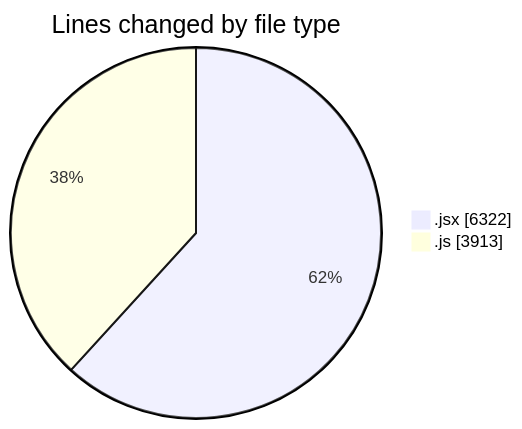
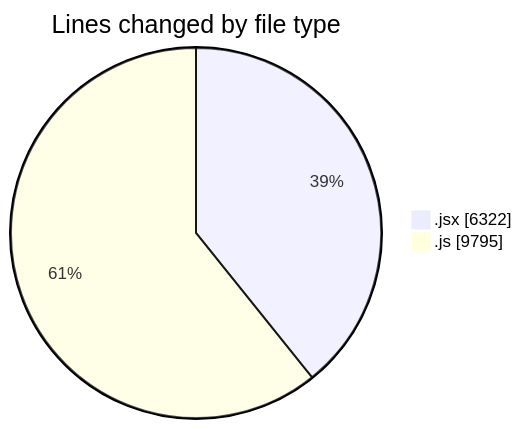
One commit to nxtqubesakshisongat/code-tracking changed the first of 2 diagrams in 2025-09-28/nxtqube_webapp/README.md. Above: the diagram before and after it, drawn with Mermaid. The commit also changed other lines of this file and 1 other file, not shown here.

````diff
--- a/2025-09-28/nxtqube_webapp/README.md
+++ b/2025-09-28/nxtqube_webapp/README.md
@@ -23,6 +23,6 @@
 ```mermaid
 pie showData
 title Lines changed by file type
 ".jsx" : 6322
-".js" : 3913
+".js" : 9795
 ```
````
